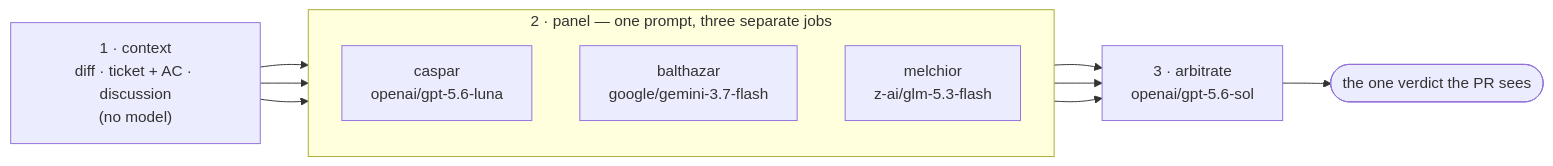
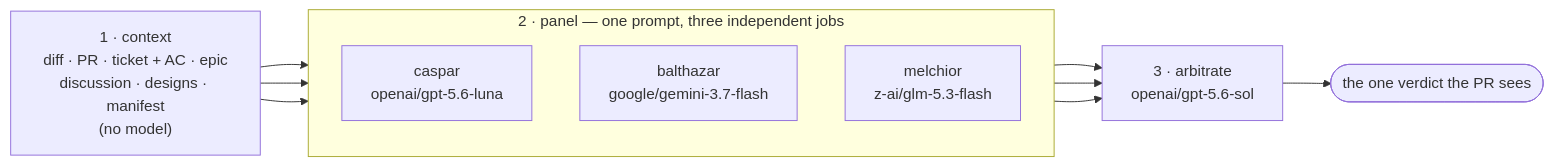
One commit to BiggerPockets/.github changed the diagram in README.md. Above: the diagram before and after it, drawn with Mermaid. The commit also changed other lines of this file and 6 other files, not shown here.

````diff
--- a/README.md
+++ b/README.md
@@ -28,19 +30,19 @@
 ```mermaid
 flowchart LR
-  ctx["1 · context<br/>diff · ticket + AC · discussion<br/>(no model)"]
-  subgraph panel["2 · panel — one prompt, three separate jobs"]
+  ctx["1 · context<br/>diff · PR · ticket + AC · epic<br/>discussion · designs · manifest<br/>(no model)"]
+  subgraph panel["2 · panel — one prompt, three independent jobs"]
     direction TB
     caspar["caspar<br/>openai/gpt-5.6-luna"]
     balthazar["balthazar<br/>google/gemini-3.7-flash"]
     melchior["melchior<br/>z-ai/glm-5.3-flash"]
   end
   arb["3 · arbitrate<br/>openai/gpt-5.6-sol"]
   posted(["the one verdict the PR sees"])
   ctx --> caspar
   ctx --> balthazar
   ctx --> melchior
   caspar --> arb
   balthazar --> arb
   melchior --> arb
   arb --> posted
 ```
````
